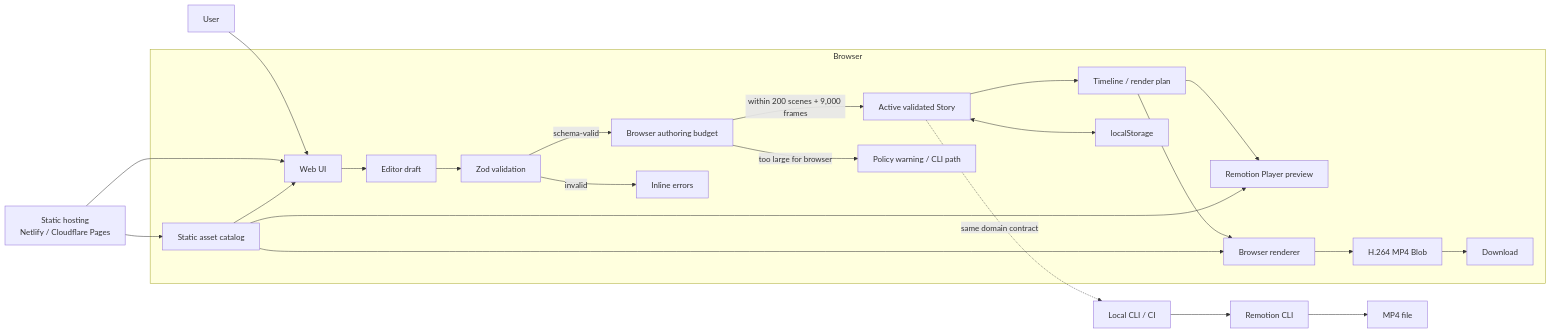
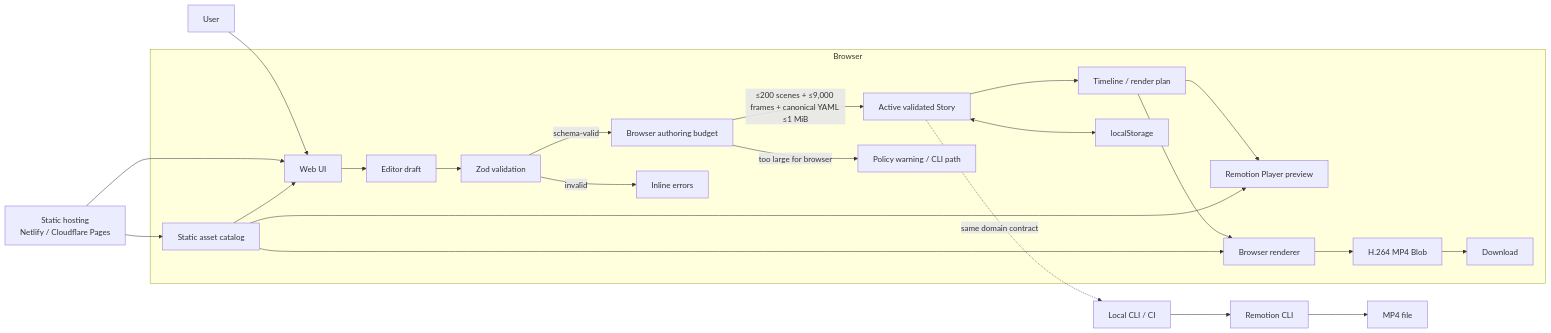
Before and after one commit to juanse-dev/tora-video-engine: the first of 2 diagrams in docs/web/README.md, drawn with Mermaid. The commit also changed other lines of this file, not shown here.

Commit message:
docs: guarantee active Story YAML round trips

```diff
--- a/docs/web/README.md
+++ b/docs/web/README.md
@@ -47,31 +47,31 @@
 ~~~mermaid
 flowchart LR
     U[User] --> UI[Web UI]
 
     H[Static hosting<br/>Netlify / Cloudflare Pages] --> UI
     H --> A[Static asset catalog]
 
     subgraph Browser
       UI --> D[Editor draft]
       D --> V[Zod validation]
       V -->|schema-valid| B[Browser authoring budget]
       V -->|invalid| E[Inline errors]
-      B -->|within 200 scenes + 9,000 frames| S[Active validated Story]
+      B -->|≤200 scenes + ≤9,000 frames + canonical YAML ≤1 MiB| S[Active validated Story]
       B -->|too large for browser| W[Policy warning / CLI path]
 
       S --> T[Timeline / render plan]
       T --> P[Remotion Player preview]
       T --> R[Browser renderer]
       A --> UI
       A --> P
       A --> R
 
       S <--> L[localStorage]
       R --> M[H.264 MP4 Blob]
       M --> DL[Download]
     end
 
     S -. same domain contract .-> CLI[Local CLI / CI]
     CLI --> RC[Remotion CLI]
     RC --> F[MP4 file]
 ~~~
```
